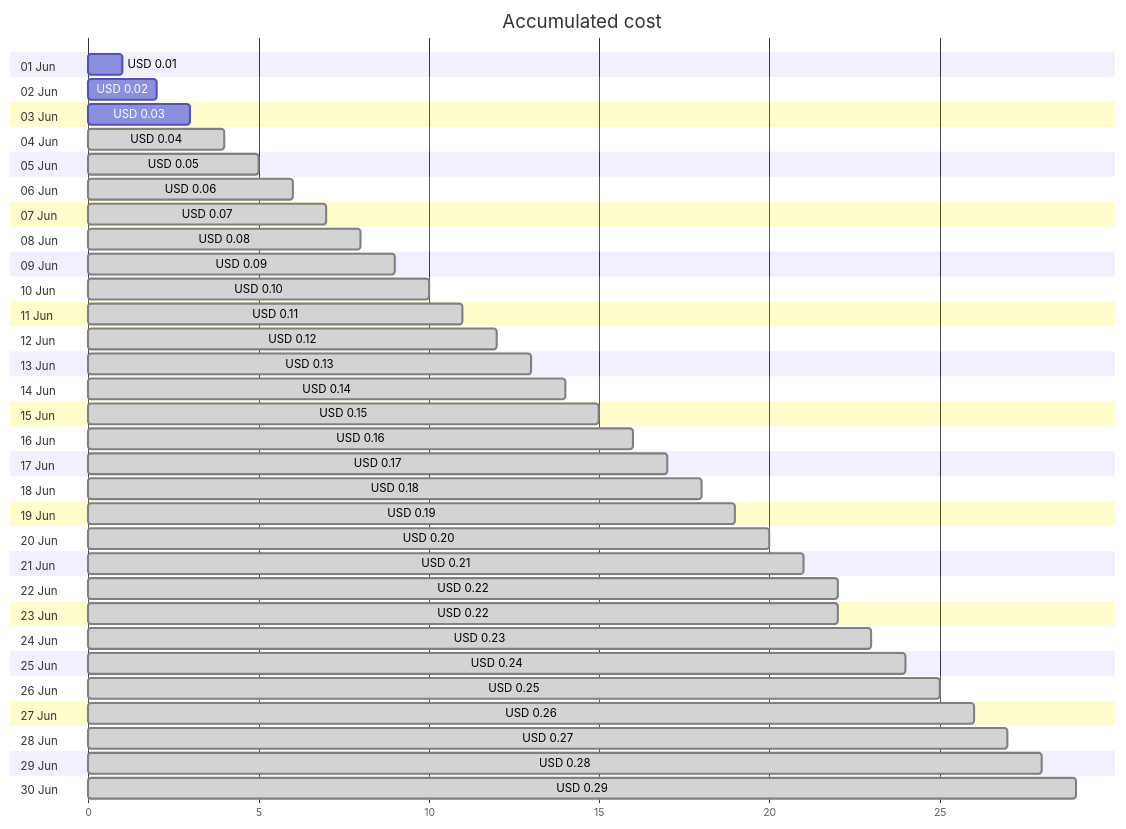
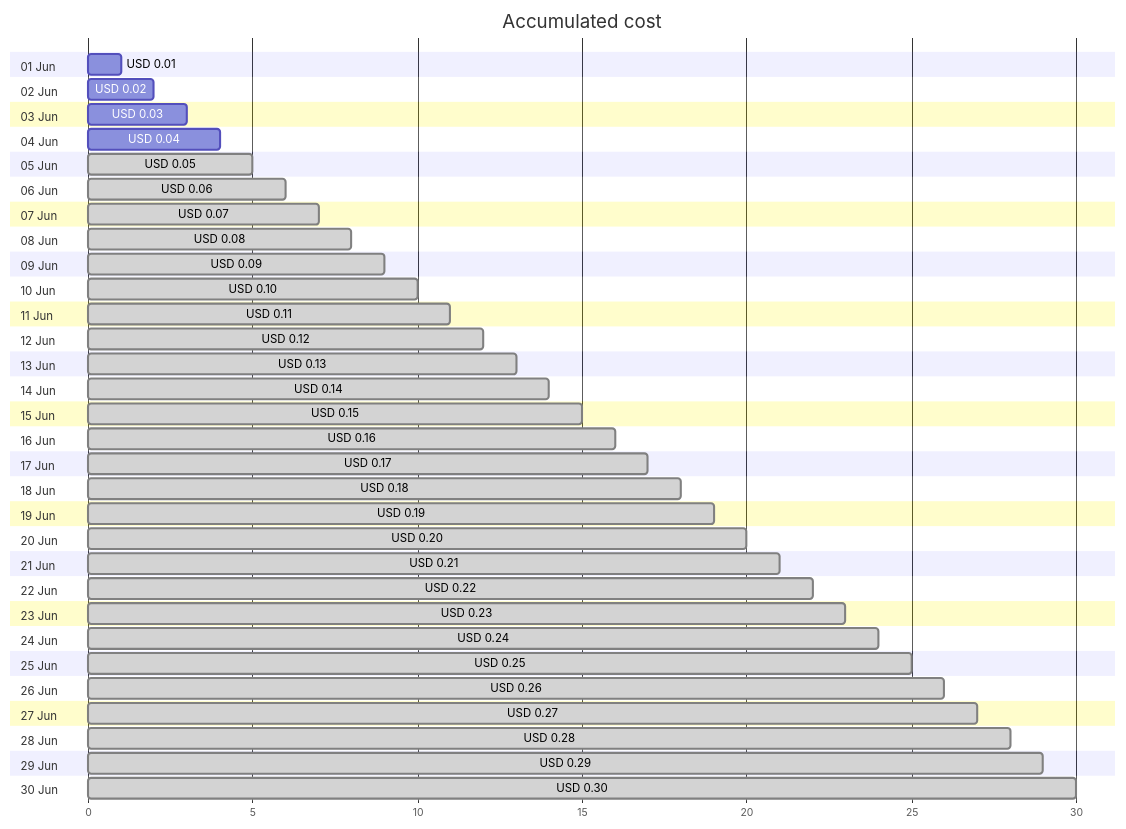
The first of 4 diagrams in cost-reports/cloud-shell-storage-eastus/README.md (jpfulton/azure-personal-reports), drawn with Mermaid before and after one commit. The commit also changed other lines of this file and 1 other file, not shown here.

````diff
--- a/cost-reports/cloud-shell-storage-eastus/README.md
+++ b/cost-reports/cloud-shell-storage-eastus/README.md
@@ -20,66 +20,66 @@
 ```mermaid
 gantt
    title Accumulated cost
    dateFormat  X
    axisFormat %s
    section 01 Jun
    USD 0.01 :0, 1
    section 02 Jun
    USD 0.02 :0, 2
    section 03 Jun
    USD 0.03 :0, 3
    section 04 Jun
-   USD 0.04 : done, 0, 4
+   USD 0.04 :0, 4
    section 05 Jun
    USD 0.05 : done, 0, 5
    section 06 Jun
    USD 0.06 : done, 0, 6
    section 07 Jun
    USD 0.07 : done, 0, 7
    section 08 Jun
    USD 0.08 : done, 0, 8
    section 09 Jun
    USD 0.09 : done, 0, 9
    section 10 Jun
    USD 0.10 : done, 0, 10
    section 11 Jun
    USD 0.11 : done, 0, 11
    section 12 Jun
    USD 0.12 : done, 0, 12
    section 13 Jun
    USD 0.13 : done, 0, 13
    section 14 Jun
    USD 0.14 : done, 0, 14
    section 15 Jun
    USD 0.15 : done, 0, 15
    section 16 Jun
    USD 0.16 : done, 0, 16
    section 17 Jun
    USD 0.17 : done, 0, 17
    section 18 Jun
    USD 0.18 : done, 0, 18
    section 19 Jun
    USD 0.19 : done, 0, 19
    section 20 Jun
    USD 0.20 : done, 0, 20
    section 21 Jun
    USD 0.21 : done, 0, 21
    section 22 Jun
    USD 0.22 : done, 0, 22
    section 23 Jun
-   USD 0.22 : done, 0, 22
+   USD 0.23 : done, 0, 23
    section 24 Jun
-   USD 0.23 : done, 0, 23
+   USD 0.24 : done, 0, 24
    section 25 Jun
-   USD 0.24 : done, 0, 24
+   USD 0.25 : done, 0, 25
    section 26 Jun
-   USD 0.25 : done, 0, 25
+   USD 0.26 : done, 0, 26
    section 27 Jun
-   USD 0.26 : done, 0, 26
+   USD 0.27 : done, 0, 27
    section 28 Jun
-   USD 0.27 : done, 0, 27
+   USD 0.28 : done, 0, 28
    section 29 Jun
-   USD 0.28 : done, 0, 28
+   USD 0.29 : done, 0, 29
    section 30 Jun
-   USD 0.29 : done, 0, 29
+   USD 0.30 : done, 0, 30
 ```
````
